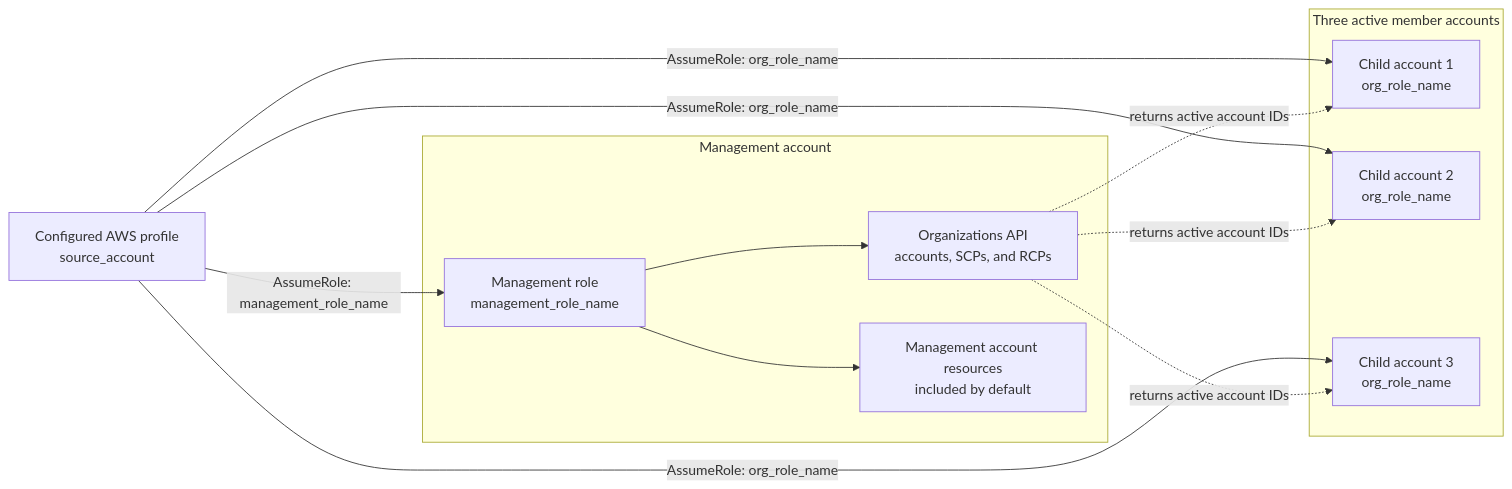
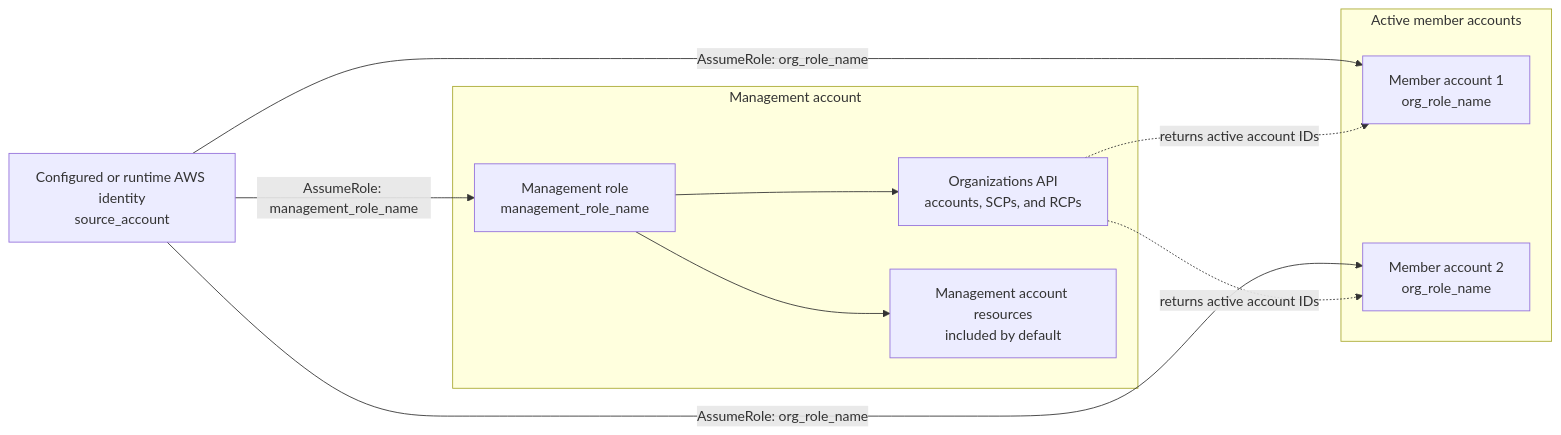
The diagram in docs/openhound/collectors/aws/collect-data.mdx (SpecterOps/bloodhound-docs), drawn with Mermaid before and after one commit. The commit also changed other lines of this file and 3 other files, not shown here.

Commit message:
docs: normalize new source account collection strategy

````diff
--- a/docs/openhound/collectors/aws/collect-data.mdx
+++ b/docs/openhound/collectors/aws/collect-data.mdx
@@ -70,26 +60,23 @@
-        ```mermaid
-        flowchart LR
-          SRC["Configured AWS profile<br/>source_account"]
+    ```mermaid
+    flowchart LR
+      SRC["Configured or runtime AWS identity<br/>source_account"]
 
-          subgraph MANAGEMENT["Management account"]
-            MROLE["Management role<br/>management_role_name"]
-            ORG["Organizations API<br/>accounts, SCPs, and RCPs"]
-            MRES["Management account resources<br/>included by default"]
-          end
+      subgraph MANAGEMENT["Management account"]
+        MROLE["Management role<br/>management_role_name"]
+        ORG["Organizations API<br/>accounts, SCPs, and RCPs"]
+        MRES["Management account resources<br/>included by default"]
+      end
 
-          subgraph MEMBERS["Three active member accounts"]
-            CHILD1["Child account 1<br/>org_role_name"]
-            CHILD2["Child account 2<br/>org_role_name"]
-            CHILD3["Child account 3<br/>org_role_name"]
-          end
+      subgraph MEMBERS["Active member accounts"]
+        CHILD1["Member account 1<br/>org_role_name"]
+        CHILD2["Member account 2<br/>org_role_name"]
+      end
 
-          SRC -->|"AssumeRole: management_role_name"| MROLE
-          MROLE --> ORG
-          MROLE --> MRES
-          SRC -->|"AssumeRole: org_role_name"| CHILD1
-          SRC -->|"AssumeRole: org_role_name"| CHILD2
-          SRC -->|"AssumeRole: org_role_name"| CHILD3
-          ORG -. "returns active account IDs" .-> CHILD1
-          ORG -. "returns active account IDs" .-> CHILD2
-          ORG -. "returns active account IDs" .-> CHILD3
-        ```
+      SRC -->|"AssumeRole: management_role_name"| MROLE
+      MROLE --> ORG
+      MROLE --> MRES
+      SRC -->|"AssumeRole: org_role_name"| CHILD1
+      SRC -->|"AssumeRole: org_role_name"| CHILD2
+      ORG -. "returns active account IDs" .-> CHILD1
+      ORG -. "returns active account IDs" .-> CHILD2
+    ```
````
